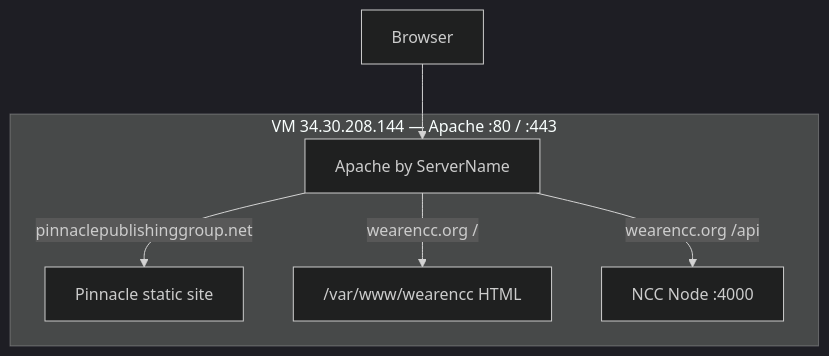
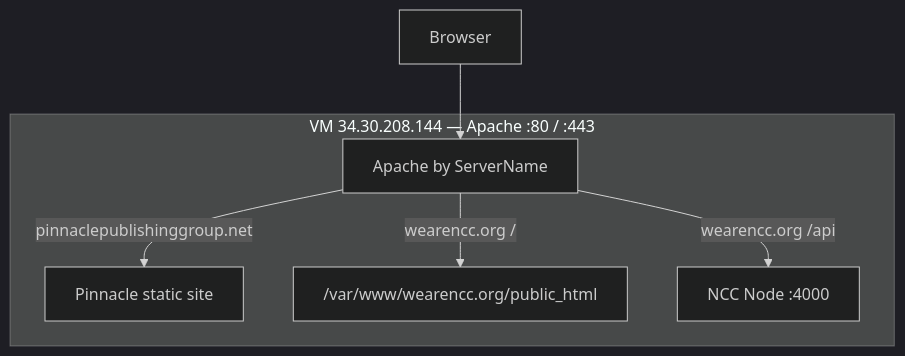
One commit to GemsNS/ncc changed the diagram in docs/README.md. Above: the diagram before and after it, drawn with Mermaid (dark theme). The commit also changed other lines of this file and 32 other files, not shown here.

````diff
--- a/docs/README.md
+++ b/docs/README.md
@@ -14,14 +15,14 @@
 ```mermaid
 flowchart TB
   subgraph vm ["VM 34.30.208.144 — Apache :80 / :443"]
     Apache["Apache by ServerName"]
     Pinnacle["Pinnacle static site"]
-    NccStatic["/var/www/wearencc HTML"]
+    NccStatic["/var/www/wearencc.org/public_html"]
     Node["NCC Node :4000"]
   end
   Browser["Browser"]
   Browser --> Apache
   Apache -->|pinnaclepublishinggroup.net| Pinnacle
   Apache -->|wearencc.org /| NccStatic
   Apache -->|wearencc.org /api| Node
 ```
````
